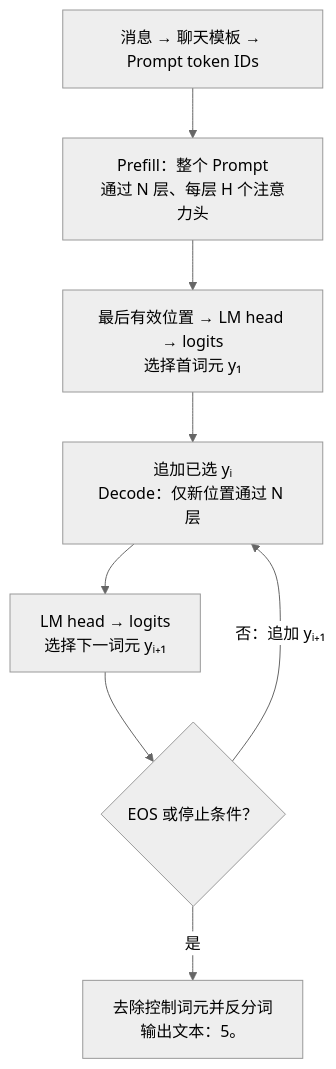
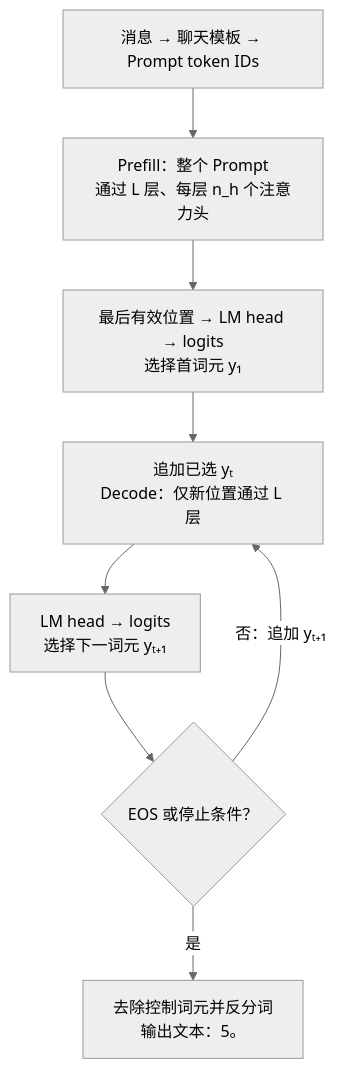
One commit to yeasy/llm_internals changed the first of 7 diagrams in 03_components/3.8_gpt_inference_flow.md. Above: the diagram before and after it, drawn with Mermaid (neutral theme). The commit also changed other lines of this file, not shown here.

````diff
--- a/03_components/3.8_gpt_inference_flow.md
+++ b/03_components/3.8_gpt_inference_flow.md
@@ -11,10 +33,10 @@
 ```mermaid
 flowchart TB
-    input["消息 → 聊天模板 → Prompt token IDs"] --> prefill["Prefill：整个 Prompt<br/>通过 N 层、每层 H 个注意力头"]
+    input["消息 → 聊天模板 → Prompt token IDs"] --> prefill["Prefill：整个 Prompt<br/>通过 L 层、每层 n_h 个注意力头"]
     prefill --> first["最后有效位置 → LM head → logits<br/>选择首词元 y₁"]
-    first --> decode["追加已选 yᵢ<br/>Decode：仅新位置通过 N 层"]
-    decode --> next["LM head → logits<br/>选择下一词元 yᵢ₊₁"]
+    first --> decode["追加已选 yₜ<br/>Decode：仅新位置通过 L 层"]
+    decode --> next["LM head → logits<br/>选择下一词元 yₜ₊₁"]
     next --> stop{"EOS 或停止条件？"}
-    stop -->|"否：追加 yᵢ₊₁"| decode
+    stop -->|"否：追加 yₜ₊₁"| decode
     stop -->|"是"| text["去除控制词元并反分词<br/>输出文本：5。"]
 ```
````
